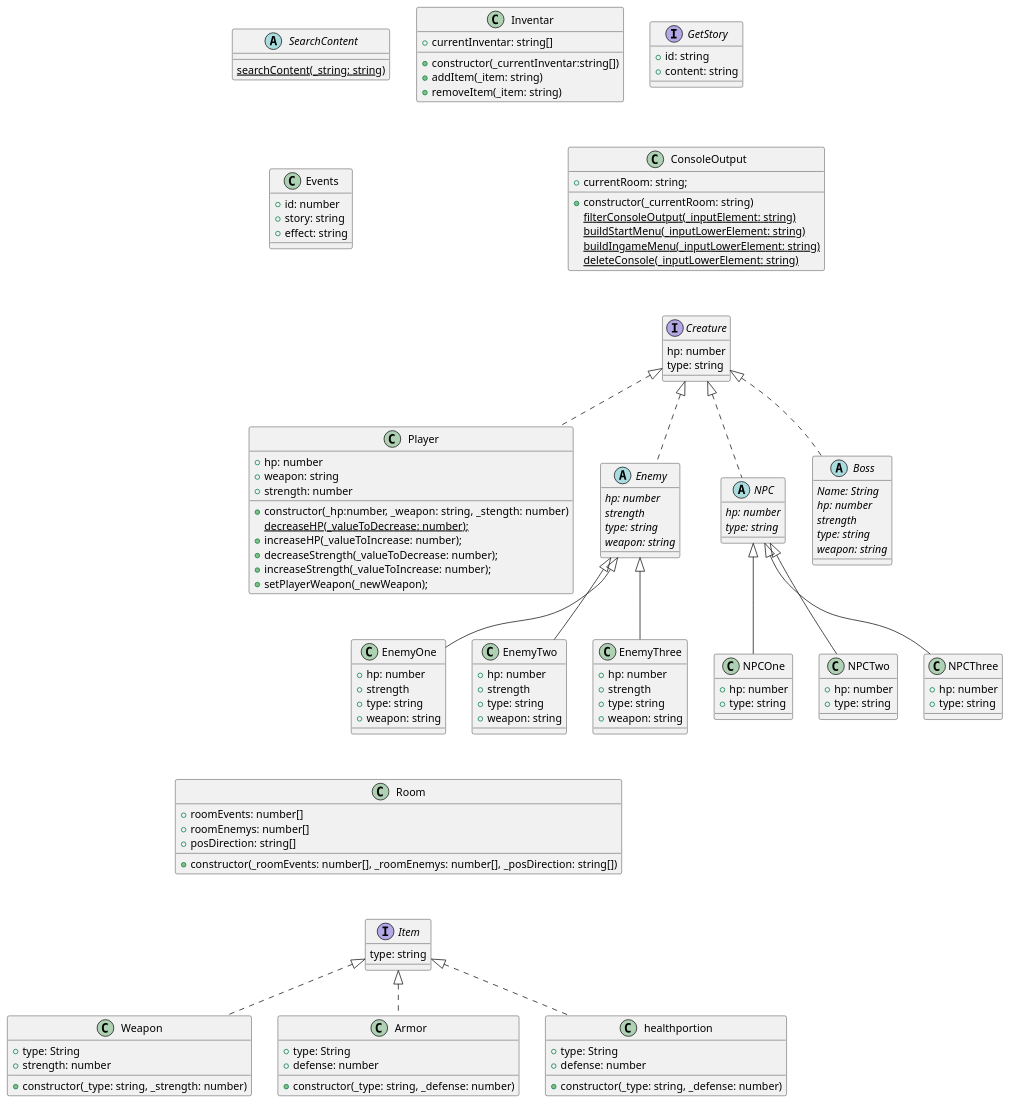
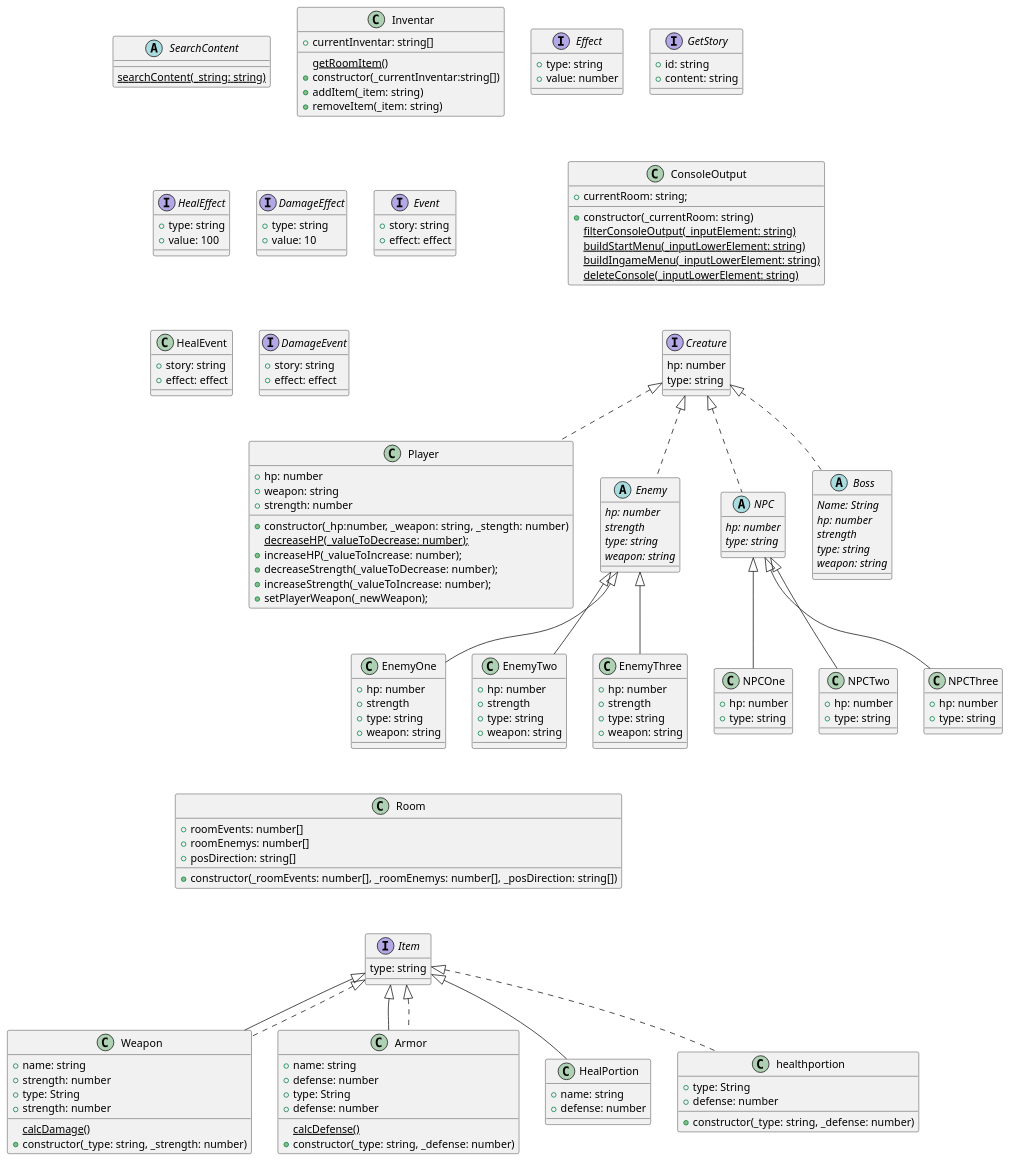
One commit to Z3r0cks/SoftDesignTextadventureKaserer changed the diagram in uml.puml. Above: the diagram before and after it, drawn with PlantUML. The commit also changed 24 other files, not shown here.

```diff
--- a/uml.puml
+++ b/uml.puml
@@ -1,140 +1,185 @@
 @startuml Textadventure
 
 abstract class SearchContent {
   {static}searchContent(_string: string)
+}
+
+abstract class Inventar {
+  {static} getRoomItem()
+}
+
+class Weapon extends Item {
+  + name: string
+  + strength: number
+  {static} calcDamage()
+}
+
+class Armor extends Item {
+  + name: string
+  + defense: number
+  {static} calcDefense()
+}
+
+class HealPortion extends Item {
+  + name: string
+  + defense: number
 }
 
 class Inventar {
   + currentInventar: string[]
   + constructor(_currentInventar:string[])
   + addItem(_item: string)
   + removeItem(_item: string)
 }
 
 class ConsoleOutput {
   + currentRoom: string;
   + constructor(_currentRoom: string)
   {static} filterConsoleOutput(_inputElement: string)
   {static} buildStartMenu(_inputLowerElement: string)
   {static} buildIngameMenu(_inputLowerElement: string)
   {static} deleteConsole(_inputLowerElement: string)
 }
 
 class Room {
  + roomEvents: number[]
  + roomEnemys: number[]
  + posDirection: string[]
  + constructor(_roomEvents: number[], _roomEnemys: number[], _posDirection: string[])
 }
 
-class Events {
-  + id: number
+interface Effect {
+  + type: string
+  + value: number
+}
+
+interface HealEffect {
+  + type: string
+  + value: 100
+}
+
+interface DamageEffect {
+  + type: string
+  + value: 10
+}
+
+interface Event {
   + story: string
-  + effect: string
+  + effect: effect
+}
+
+class HealEvent {
+  + story: string
+  + effect: effect
+}
+
+interface DamageEvent {
+  + story: string
+  + effect: effect
 }
 
 interface GetStory {
   + id: string
   + content: string
 }
 
 interface Creature {
   hp: number
   type: string
 }
 
 class Player implements Creature {
   + hp: number
   + weapon: string
   + strength: number
   + constructor(_hp:number, _weapon: string, _stength: number)
   {static} decreaseHP(_valueToDecrease: number);
   + increaseHP(_valueToIncrease: number);
   + decreaseStrength(_valueToDecrease: number);
   + increaseStrength(_valueToIncrease: number);
   + setPlayerWeapon(_newWeapon);
 }
 
 abstract Enemy implements Creature {
   {abstract} hp: number
   {abstract} strength
   {abstract} type: string
   {abstract} weapon: string
 }
 
 class EnemyOne extends Enemy {
   + hp: number
   + strength
   + type: string
   + weapon: string
 }
 class EnemyTwo extends Enemy {
   + hp: number
   + strength
   + type: string
   + weapon: string
 }
 
 class EnemyThree extends Enemy {
   + hp: number
   + strength
   + type: string
   + weapon: string
 }
 
 abstract NPC implements Creature {
   {abstract} hp: number
   {abstract} type: string
 }
 
 class NPCOne extends NPC {
   + hp: number
   + type: string
 }
 
 class NPCTwo extends NPC {
   + hp: number
   + type: string
 }
 
 class NPCThree extends NPC {
   + hp: number
   + type: string
 }
 
 abstract Boss implements Creature {
   {abstract} Name: String
   {abstract} hp: number
   {abstract} strength
   {abstract} type: string
   {abstract} weapon: string
 }
 
 interface Item {
   type: string
 }
 
 class Weapon implements Item {
   + type: String
   + strength: number
   + constructor(_type: string, _strength: number)
 }
 
 class Armor implements Item {
   + type: String
   + defense: number
   + constructor(_type: string, _defense: number)
 }
 
 class healthportion implements Item {
   + type: String
   + defense: number
   + constructor(_type: string, _defense: number)
 }
   GetStory -[hidden]->  ConsoleOutput
   ConsoleOutput -[hidden]-> Creature
   EnemyOne -[hidden]-> Room
   Room -[hidden]-> Item
 
 
 @enduml
```
